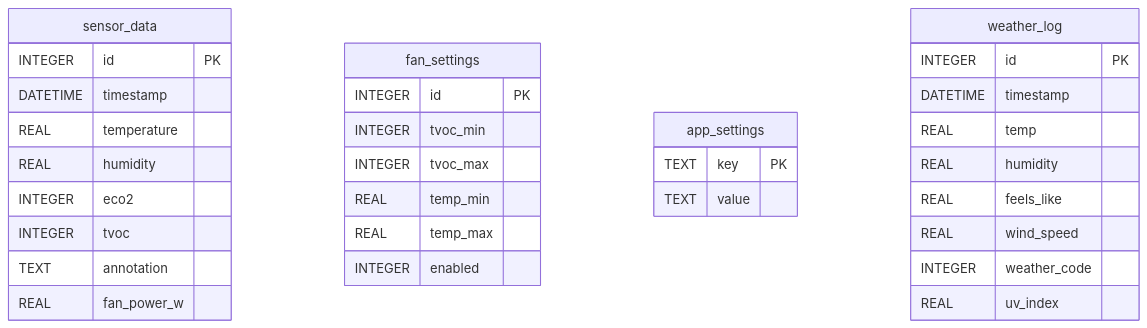
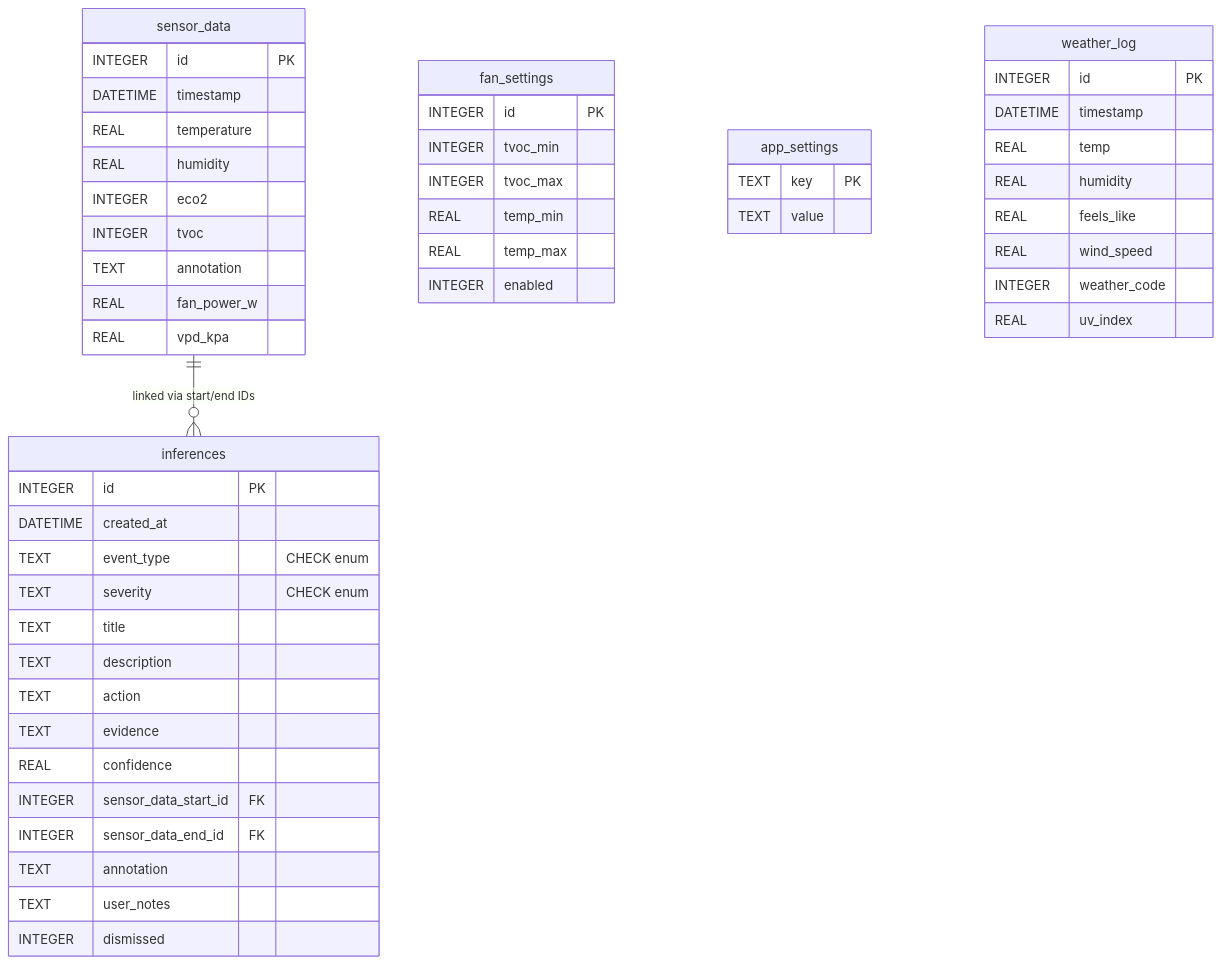
The diagram in readme.md (Ryan-be/mars-air-quility), drawn with Mermaid before and after one commit. The commit also changed other lines of this file and 42 other files, not shown here.

````diff
--- a/readme.md
+++ b/readme.md
@@ -180,38 +187,58 @@
 ```mermaid
 erDiagram
     sensor_data {
         INTEGER id PK
         DATETIME timestamp
         REAL    temperature
         REAL    humidity
         INTEGER eco2
         INTEGER tvoc
         TEXT    annotation
         REAL    fan_power_w
+        REAL    vpd_kpa
     }
 
     fan_settings {
         INTEGER id PK
         INTEGER tvoc_min
         INTEGER tvoc_max
         REAL    temp_min
         REAL    temp_max
         INTEGER enabled
     }
 
     app_settings {
         TEXT key   PK
         TEXT value
     }
 
     weather_log {
         INTEGER id           PK
         DATETIME timestamp
         REAL    temp
         REAL    humidity
         REAL    feels_like
         REAL    wind_speed
         INTEGER weather_code
         REAL    uv_index
     }
+
+    inferences {
+        INTEGER  id PK
+        DATETIME created_at
+        TEXT     event_type "CHECK enum"
+        TEXT     severity "CHECK enum"
+        TEXT     title
+        TEXT     description
+        TEXT     action
+        TEXT     evidence
+        REAL     confidence
+        INTEGER  sensor_data_start_id FK
+        INTEGER  sensor_data_end_id FK
+        TEXT     annotation
+        TEXT     user_notes
+        INTEGER  dismissed
+    }
+
+    sensor_data ||--o{ inferences : "linked via start/end IDs"
 ```
````
